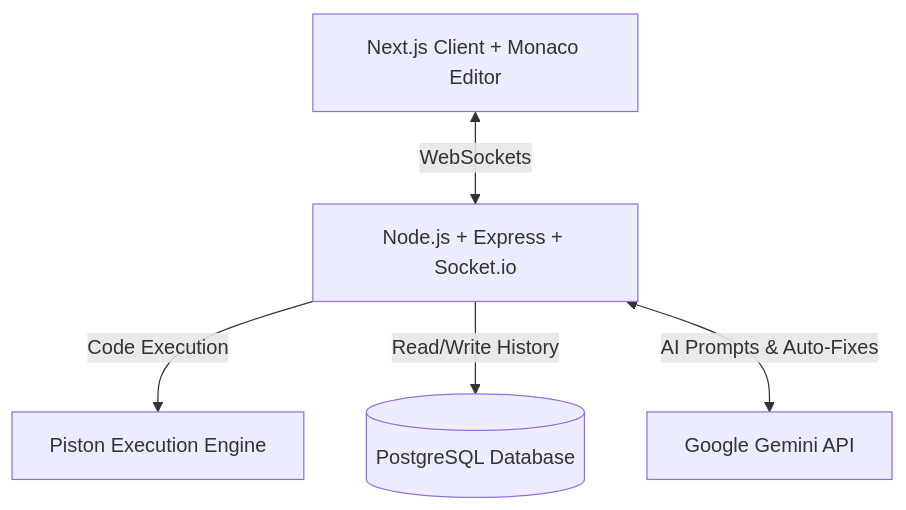
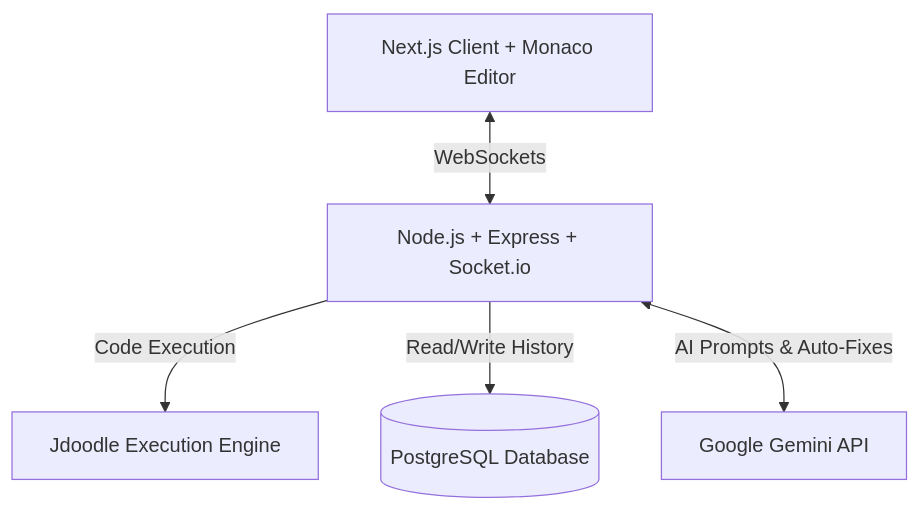
Before and after one commit to suryssss/Kodo: the diagram in README.md, drawn with Mermaid.

````diff
--- a/README.md
+++ b/README.md
@@ -43,7 +43,7 @@
 ```mermaid
 graph TD;
     Client[Next.js Client + Monaco Editor] <-->|WebSockets| Server[Node.js + Express + Socket.io];
-    Server -->|Code Execution| Piston[Piston Execution Engine];
+    Server -->|Code Execution| Jdoodle[Jdoodle Execution Engine];
     Server -->|Read/Write History| DB[(PostgreSQL Database)];
     Server <-->|AI Prompts & Auto-Fixes| Gemini[Google Gemini API];
 ```
````
